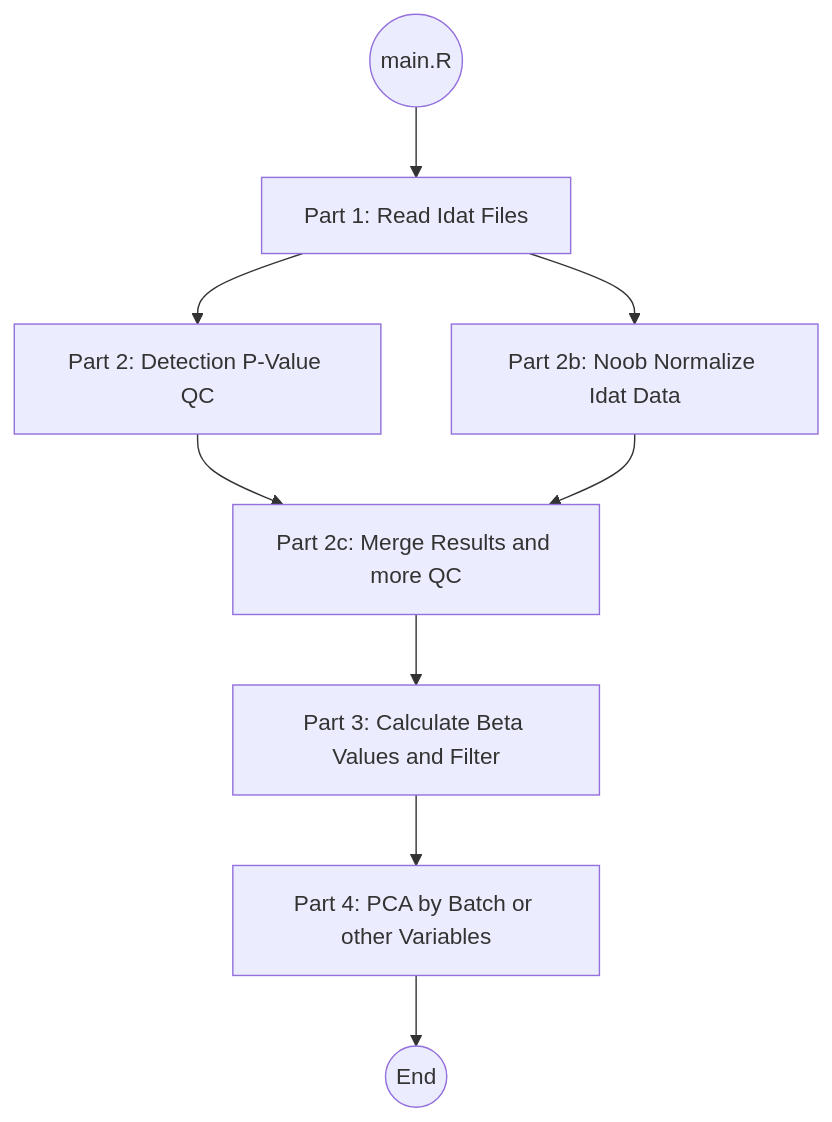
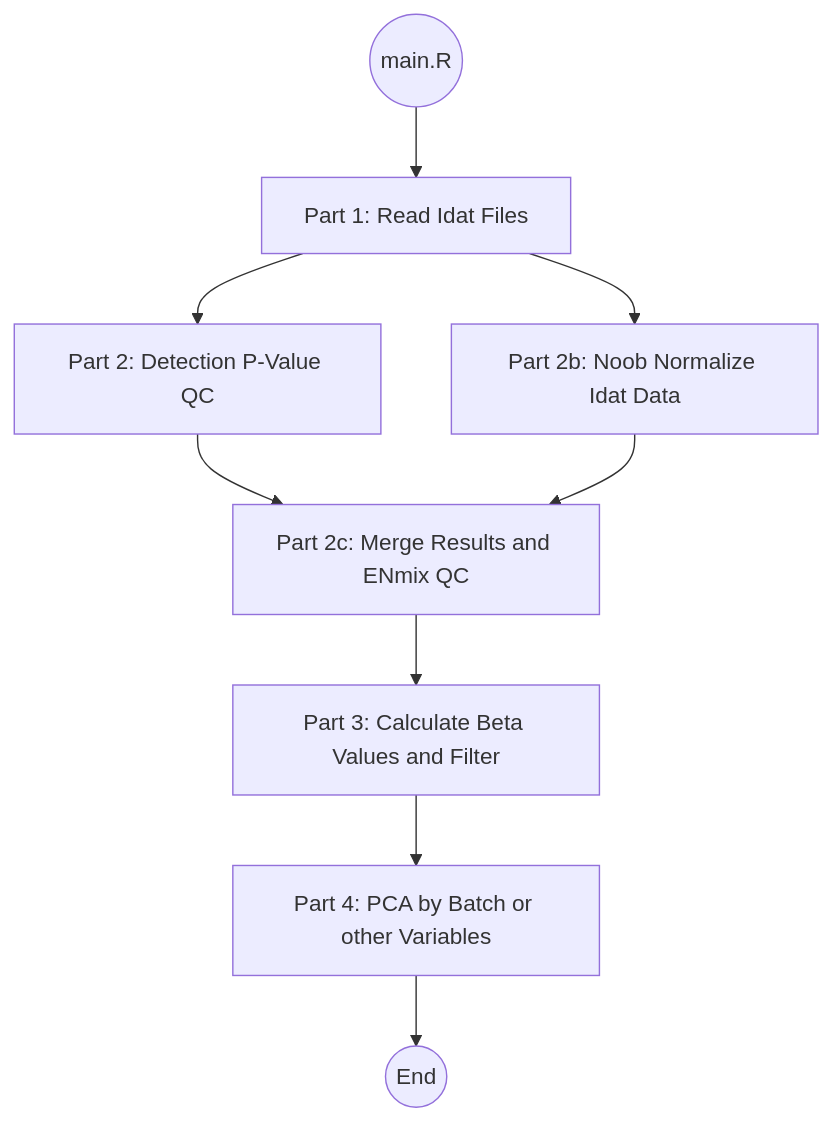
Before and after one commit to odelmas-sci/methylation-pipeline-only-R-: the diagram in README.md, drawn with Mermaid.

````diff
--- a/README.md
+++ b/README.md
@@ -4,16 +4,16 @@
 ```mermaid
 flowchart TB
     Start((main.R))
 
     Start --> P1[Part 1: Read Idat Files]
 
     P1 --> P2[Part 2: Detection P-Value QC]
     P1 --> P2b[Part 2b: Noob Normalize Idat Data]
 
-    P2 --> Merge[Part 2c: Merge Results and more QC]
+    P2 --> Merge[Part 2c: Merge Results and ENmix QC]
     P2b --> Merge
 
     Merge --> P3[Part 3: Calculate Beta Values and Filter]
     P3 --> P4[Part 4: PCA by Batch or other Variables]
     P4 --> End((End))
 ```
````
